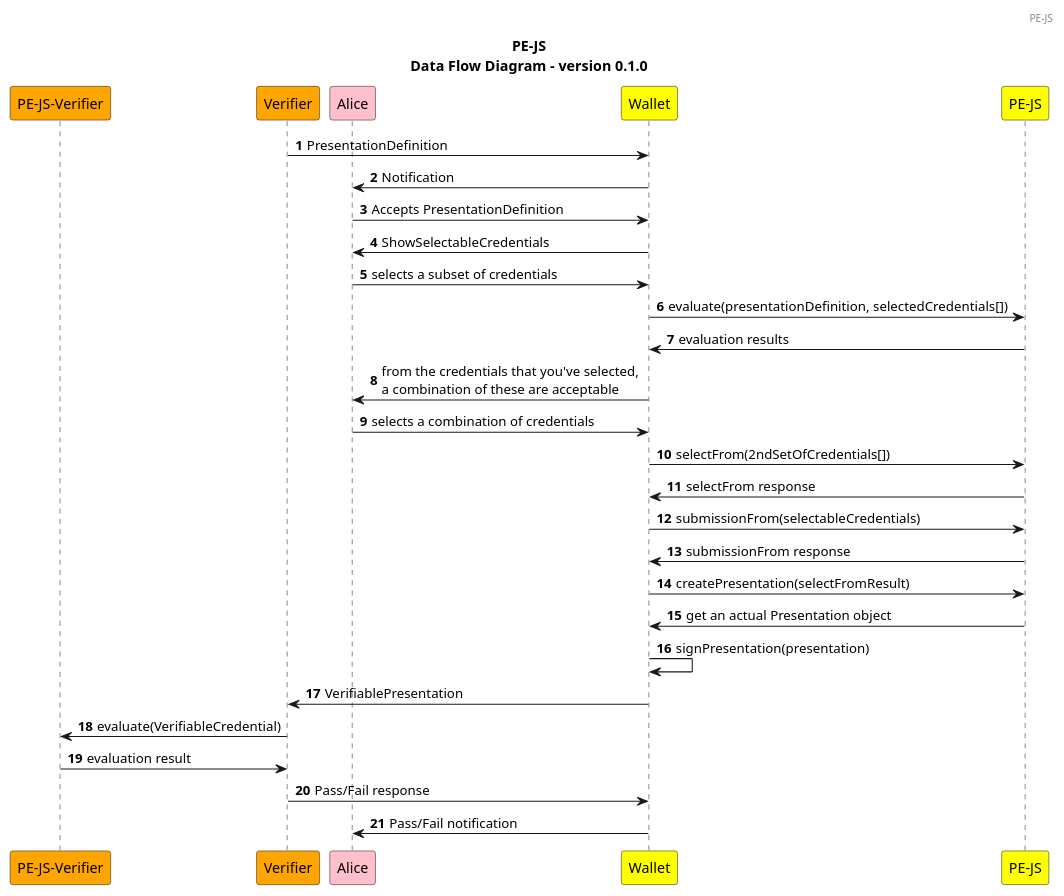
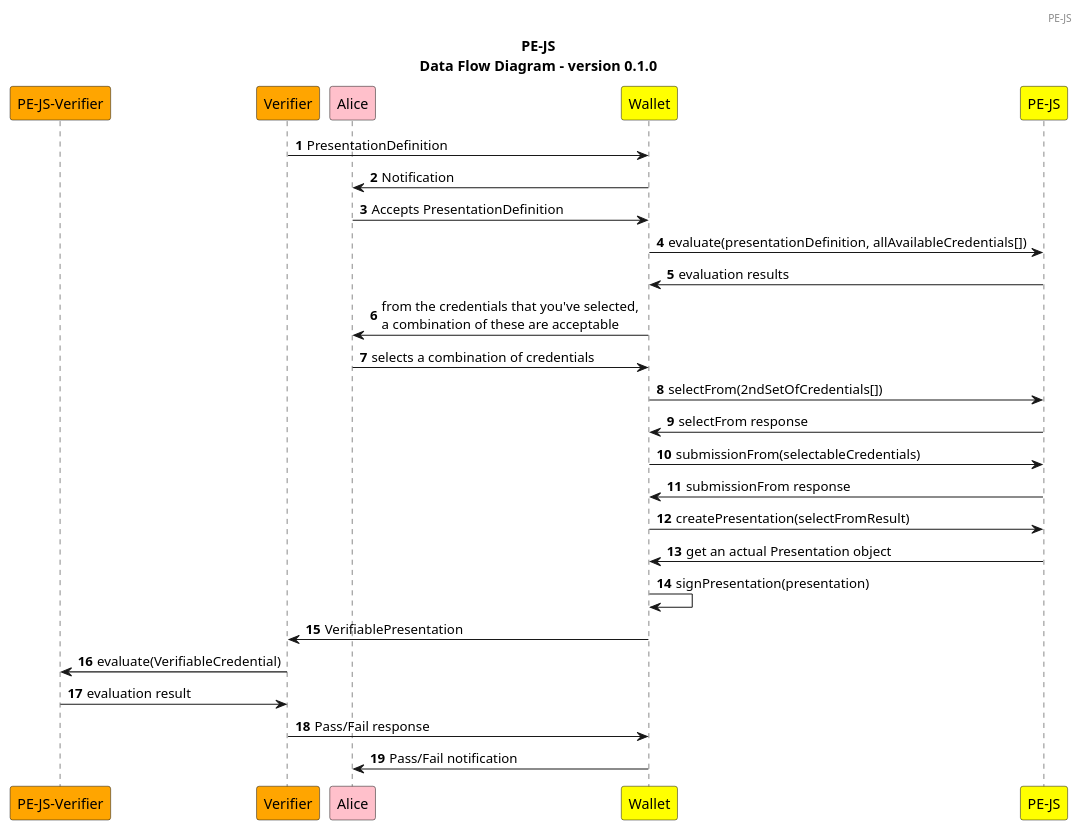
One commit to Sphereon-Opensource/PEX changed the diagram in docs/simple-scenario.puml. Above: the diagram before and after it, drawn with PlantUML.

Commit message:
ESSIFI-143: removed first round of selection by user from flow diagram

```diff
--- a/docs/simple-scenario.puml
+++ b/docs/simple-scenario.puml
@@ -1,43 +1,41 @@
 @startuml
 
 header PE-JS
 
 title
 PE-JS
 Data Flow Diagram - version 0.1.0
 end title
 
 
 autonumber
 
 participant "PE-JS-Verifier" as PE2 order 0 #ORANGE
 participant "Verifier" as V order 1 #ORANGE
 participant "Alice" as A order 2 #PINK
 participant "Wallet" as W order 3 #YELLOW
 participant "PE-JS" as PE order 4 #YELLOW
 
 V -> W: PresentationDefinition
 W -> A: Notification
 A -> W: Accepts PresentationDefinition
-W -> A: ShowSelectableCredentials
-A -> W: selects a subset of credentials
-W -> PE: evaluate(presentationDefinition, selectedCredentials[])
+W -> PE: evaluate(presentationDefinition, allAvailableCredentials[])
 PE -> W: evaluation results
 W -> A: from the credentials that you've selected, \na combination of these are acceptable
 A -> W: selects a combination of credentials
 W -> PE: selectFrom(2ndSetOfCredentials[])
 PE -> W: selectFrom response
 W -> PE: submissionFrom(selectableCredentials)
 PE -> W: submissionFrom response
 
 W -> PE: createPresentation(selectFromResult)
 PE -> W: get an actual Presentation object
 W -> W: signPresentation(presentation)
 
 W -> V: VerifiablePresentation
 
 V -> PE2: evaluate(VerifiableCredential)
 PE2 -> V: evaluation result
 V -> W: Pass/Fail response
 W -> A: Pass/Fail notification
 @enduml
```
